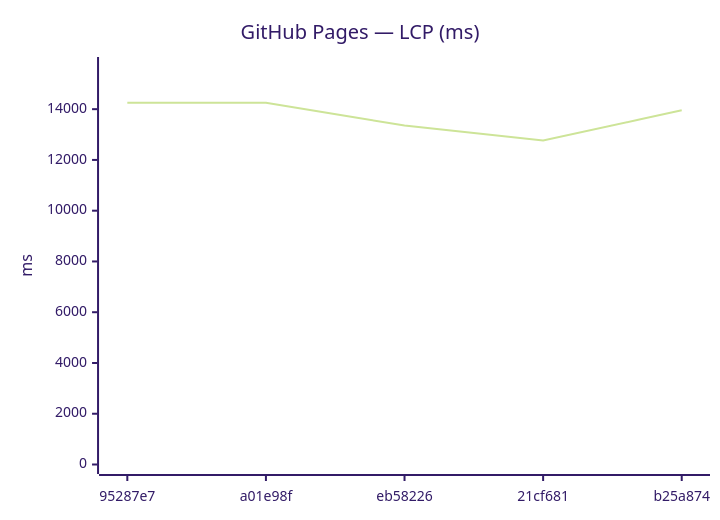
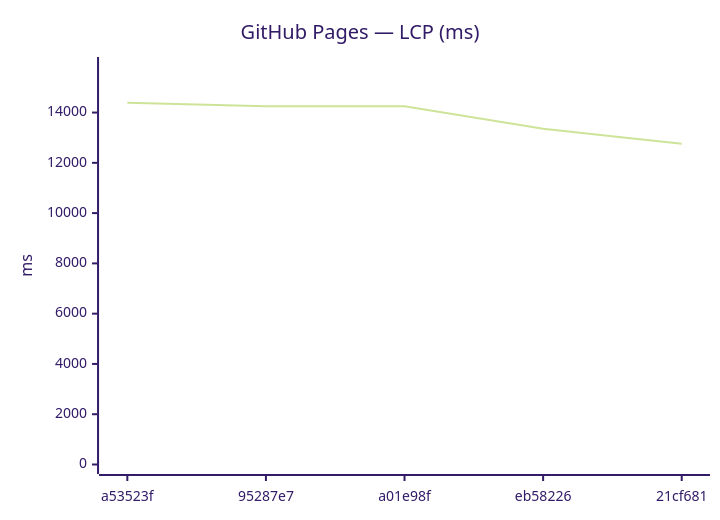
One commit to Metaheurist/Rianell changed the ninth of 18 diagrams in benchmarks/compare.md. Above: the diagram before and after it, drawn with Mermaid (forest theme). The commit also changed other lines of this file and 11 other files, not shown here.

````diff
--- a/benchmarks/compare.md
+++ b/benchmarks/compare.md
@@ -142,7 +142,7 @@
 ```mermaid
 xychart-beta
     title "GitHub Pages — LCP (ms)"
-    x-axis ["95287e7", "a01e98f", "eb58226", "21cf681", "b25a874"]
-    y-axis "ms" 0 --> 15681
-    line [14255, 14254, 13354, 12763, 13959]
+    x-axis ["a53523f", "95287e7", "a01e98f", "eb58226", "21cf681"]
+    y-axis "ms" 0 --> 15832
+    line [14392, 14255, 14254, 13354, 12763]
 ```
````
